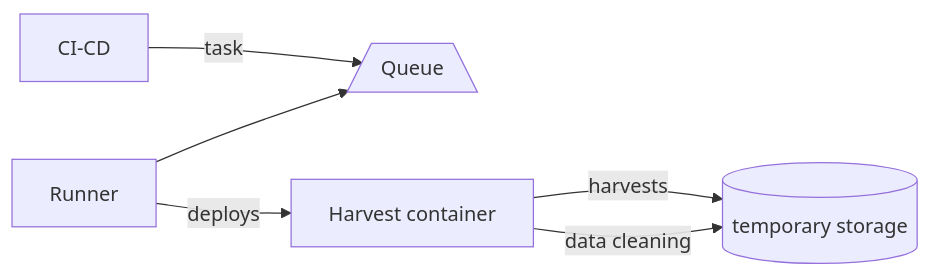
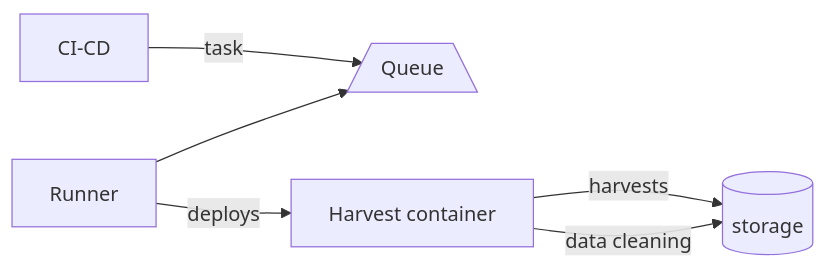
One commit to soilwise-he/harvesters changed the diagram in README.md. Above: the diagram before and after it, drawn with Mermaid. The commit also changed other lines of this file, not shown here.

````diff
--- a/README.md
+++ b/README.md
@@ -7,8 +10,8 @@
 ``` mermaid
 flowchart LR
     c[CI-CD] -->|task| q[/Queue\]
     r[Runner] --> q
     r -->|deploys| hc[Harvest container]
     hc -->|harvests| db[(temporary storage)]
-    hc -->|data cleaning| db[(temporary storage)]
+    hc -->|data cleaning| db[(storage)]
 ```
````
